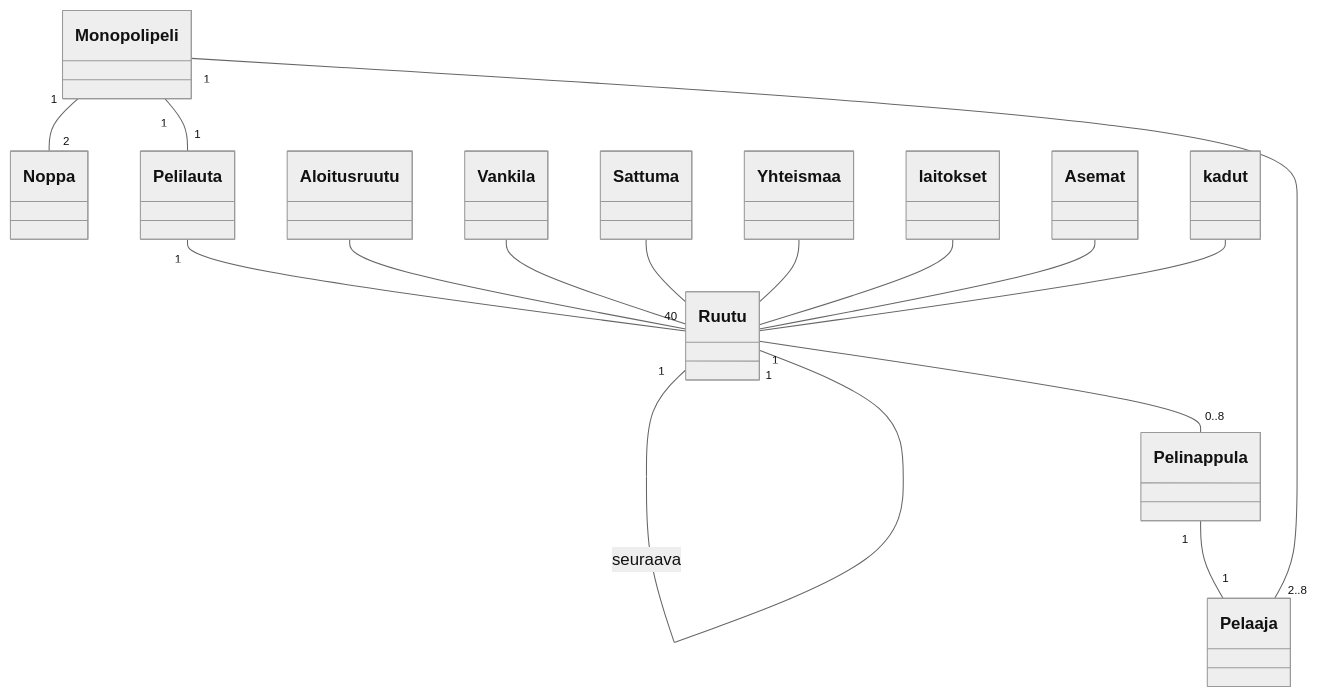
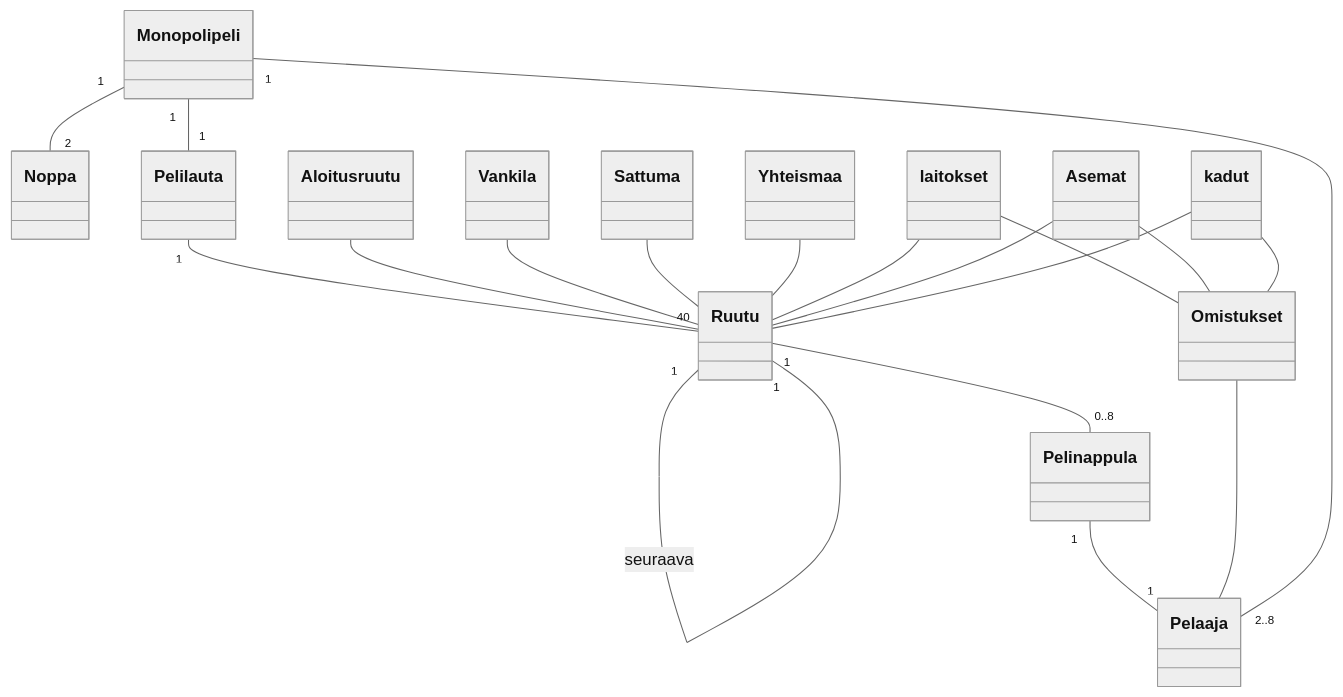
The diagram in laskarit/viikko3/monopoli.md (lahgit/ot-harjoitustyo), drawn with Mermaid (neutral theme) before and after one commit.

Commit message:
monopoli.md

````diff
--- a/laskarit/viikko3/monopoli.md
+++ b/laskarit/viikko3/monopoli.md
@@ -3,17 +3,21 @@
 ```mermaid
  classDiagram
     Monopolipeli "1" -- "2" Noppa
     Monopolipeli "1" -- "1" Pelilauta
     Pelilauta "1" -- "40" Ruutu
     Ruutu "1" -- "1" Ruutu : seuraava
     Ruutu "1" -- "0..8" Pelinappula
     Pelinappula "1" -- "1" Pelaaja
     Pelaaja "2..8" -- "1" Monopolipeli
     Aloitusruutu -- Ruutu
     Vankila -- Ruutu
     Sattuma -- Ruutu
     Yhteismaa -- Ruutu
     laitokset -- Ruutu
     Asemat -- Ruutu
-    kadut -- Ruutu   
+    kadut -- Ruutu
+    Omistukset -- Pelaaja
+    laitokset -- Omistukset
+    Asemat -- Omistukset
+    kadut -- Omistukset   
 ```
````
